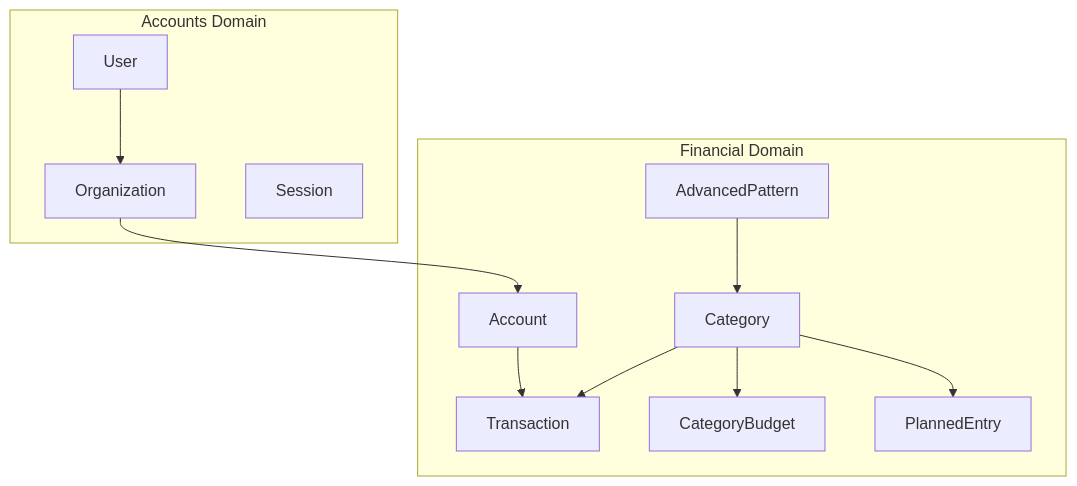
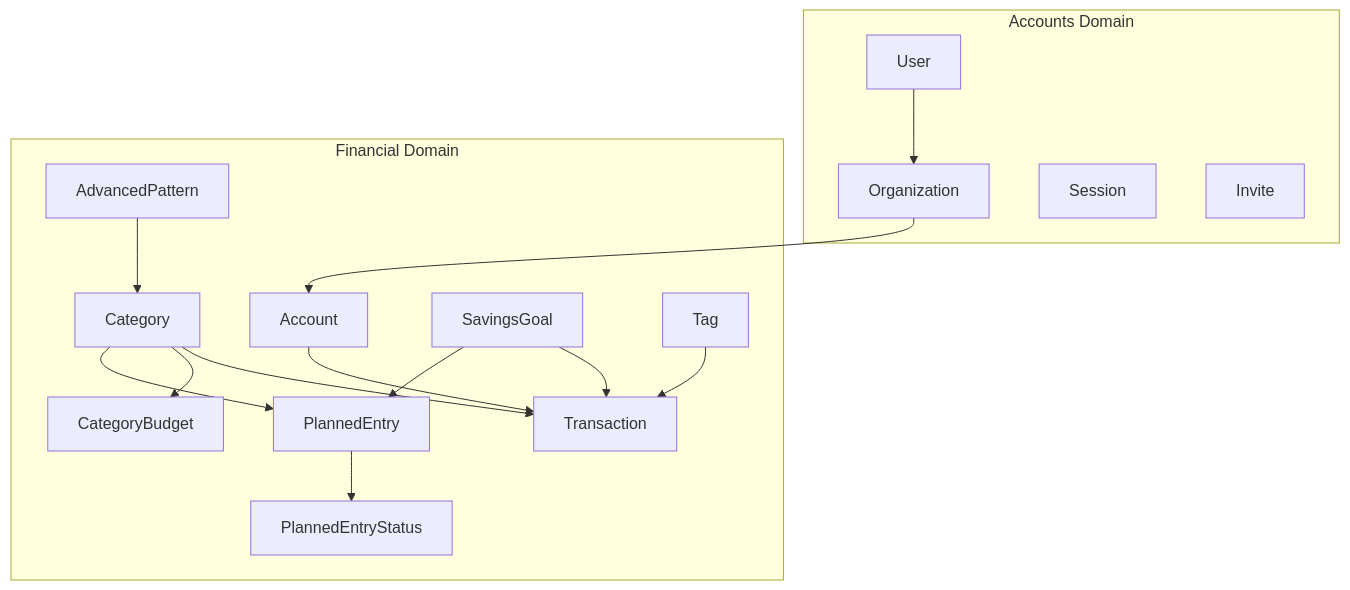
Before and after one commit to lucastamoios/celeiro: the first of 3 diagrams in docs/domains.md, drawn with Mermaid. The commit also changed other lines of this file and 6 other files, not shown here.

````diff
--- a/docs/domains.md
+++ b/docs/domains.md
@@ -5,25 +5,33 @@
 ```mermaid
 flowchart TD
     subgraph accounts["Accounts Domain"]
         User
         Organization
         Session
+        Invite
     end
 
     subgraph financial["Financial Domain"]
         Account
         Transaction
         Category
         CategoryBudget
         PlannedEntry
+        PlannedEntryStatus
         AdvancedPattern
+        SavingsGoal
+        Tag
     end
 
     User --> Organization
     Organization --> Account
     Account --> Transaction
     Category --> Transaction
     Category --> CategoryBudget
     Category --> PlannedEntry
+    PlannedEntry --> PlannedEntryStatus
     AdvancedPattern --> Category
+    SavingsGoal --> Transaction
+    SavingsGoal --> PlannedEntry
+    Tag --> Transaction
 ```
````
